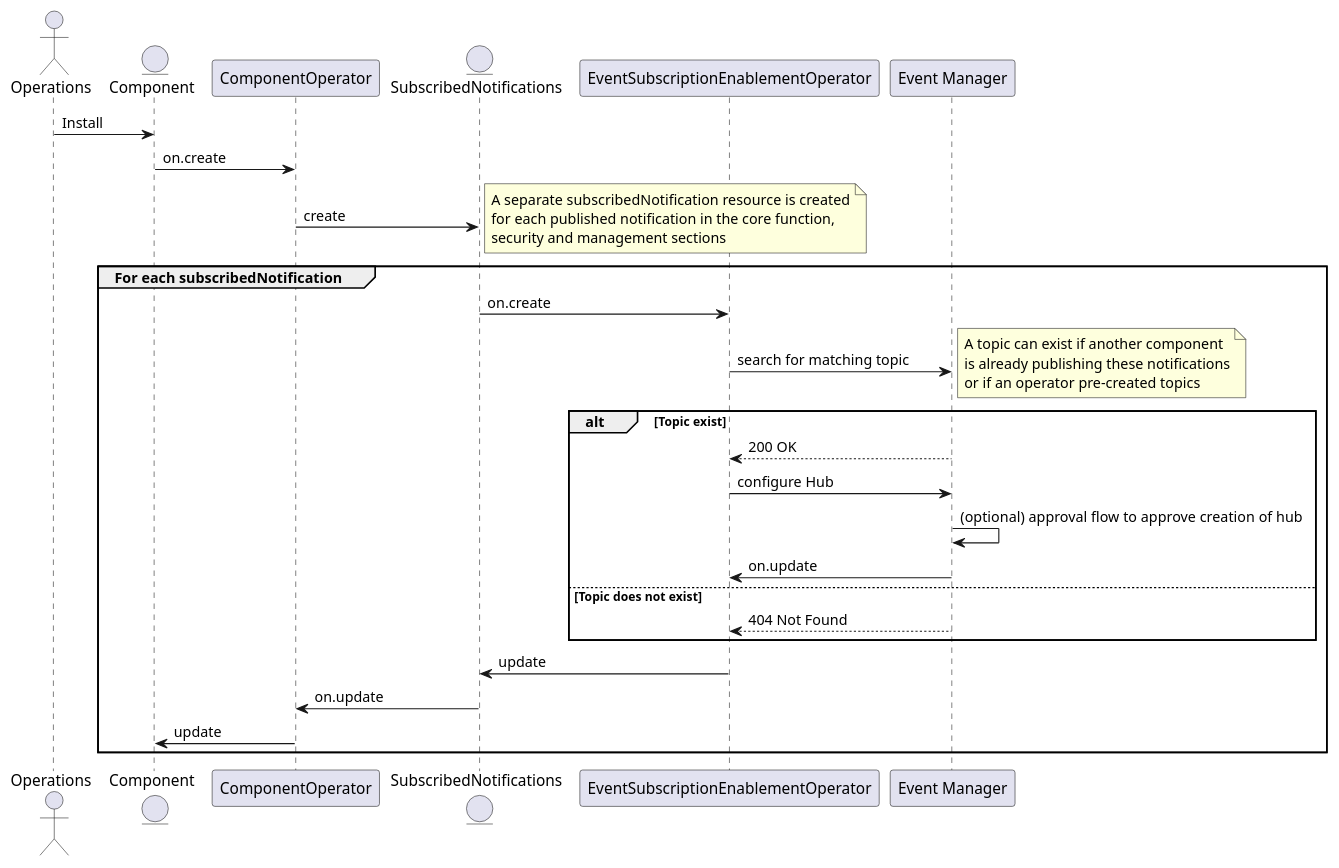
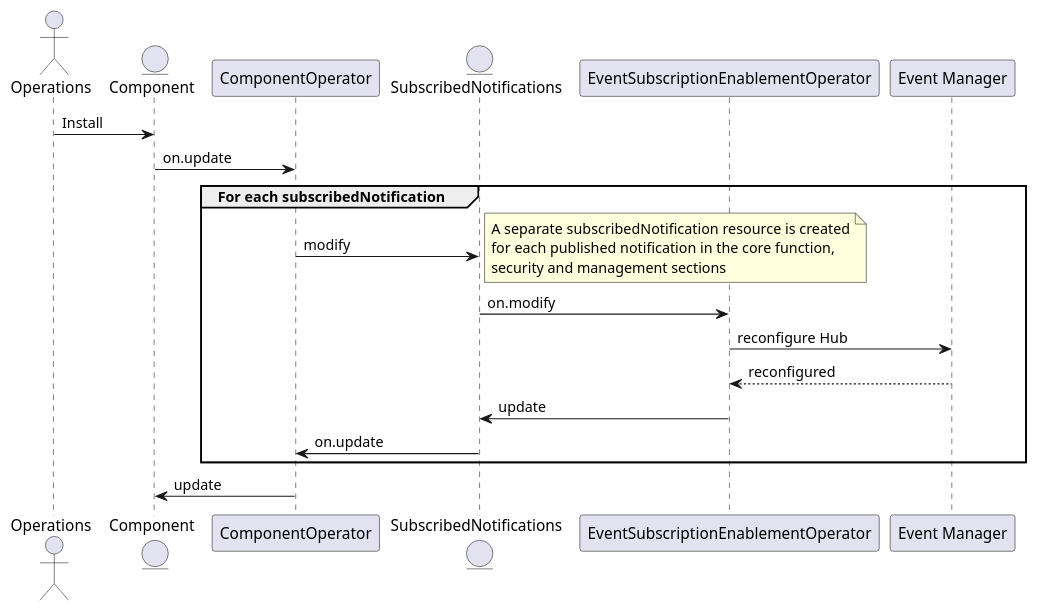
The diagram in oda-canvas-ctk/usecase-library/pumlFiles/enableEventSubscription-with-modify.puml (tmforum-oda/oda-canvas), drawn with PlantUML before and after one commit. The commit also changed 7 other files, not shown here.

Commit message:
EventSubscription defined Requirement for Create/Delete Topic use case

```diff
--- a/oda-canvas-ctk/usecase-library/pumlFiles/enableEventSubscription-with-modify.puml
+++ b/oda-canvas-ctk/usecase-library/pumlFiles/enableEventSubscription-with-modify.puml
@@ -1,39 +1,27 @@
 @startuml
 
 actor Operations
 entity Component
 participant ComponentOperator
 entity SubscribedNotifications
 participant EventSubscriptionEnablementOperator
 participant "Event Manager" as TMFC019
 
 Component <- Operations : Install
-Component -> ComponentOperator: on.create 
-ComponentOperator -> SubscribedNotifications: create
+Component -> ComponentOperator: on.update
+group For each subscribedNotification
+ComponentOperator -> SubscribedNotifications: modify
 note right
     A separate subscribedNotification resource is created
     for each published notification in the core function,
     security and management sections
 end note
-group For each subscribedNotification
-    SubscribedNotifications -> EventSubscriptionEnablementOperator: on.create     
-    EventSubscriptionEnablementOperator -> TMFC019: search for matching topic
-    note right
-    	A topic can exist if another component
-    	is already publishing these notifications
-    	or if an operator pre-created topics
-    end note
-    alt Topic exist
-    	EventSubscriptionEnablementOperator <-- TMFC019: 200 OK
-    	EventSubscriptionEnablementOperator -> TMFC019 : configure Hub
-    	TMFC019 -> TMFC019: (optional) approval flow to approve creation of hub
-    	EventSubscriptionEnablementOperator <- TMFC019 : on.update
-    else Topic does not exist
-     	EventSubscriptionEnablementOperator <-- TMFC019: 404 Not Found
-    end alt
+    SubscribedNotifications -> EventSubscriptionEnablementOperator: on.modify
+    EventSubscriptionEnablementOperator -> TMFC019 : reconfigure Hub
+    EventSubscriptionEnablementOperator <-- TMFC019 : reconfigured
     SubscribedNotifications <- EventSubscriptionEnablementOperator: update
     ComponentOperator <- SubscribedNotifications: on.update
-    Component <- ComponentOperator: update 
 end
+Component <- ComponentOperator: update
 
 @enduml
```
